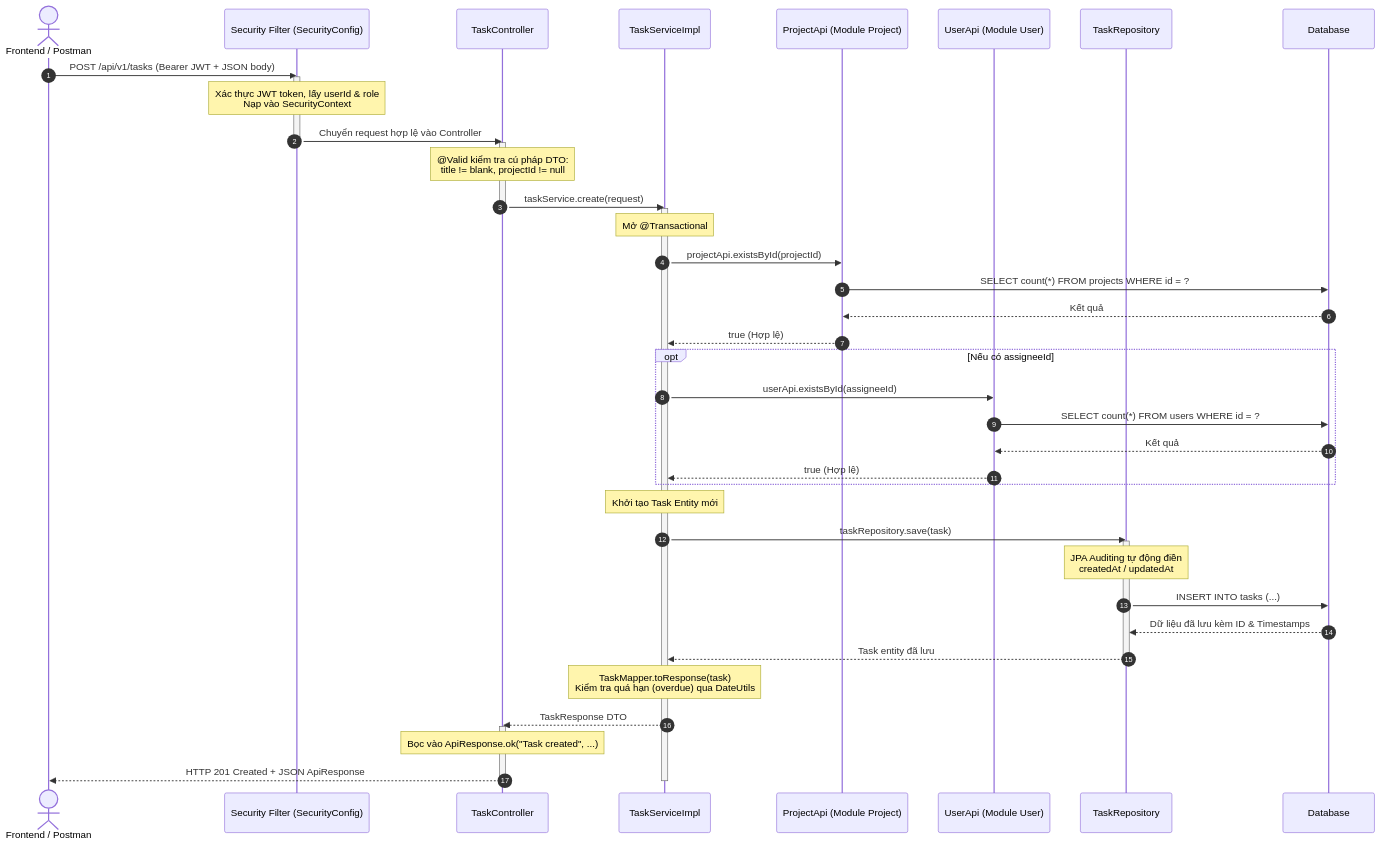
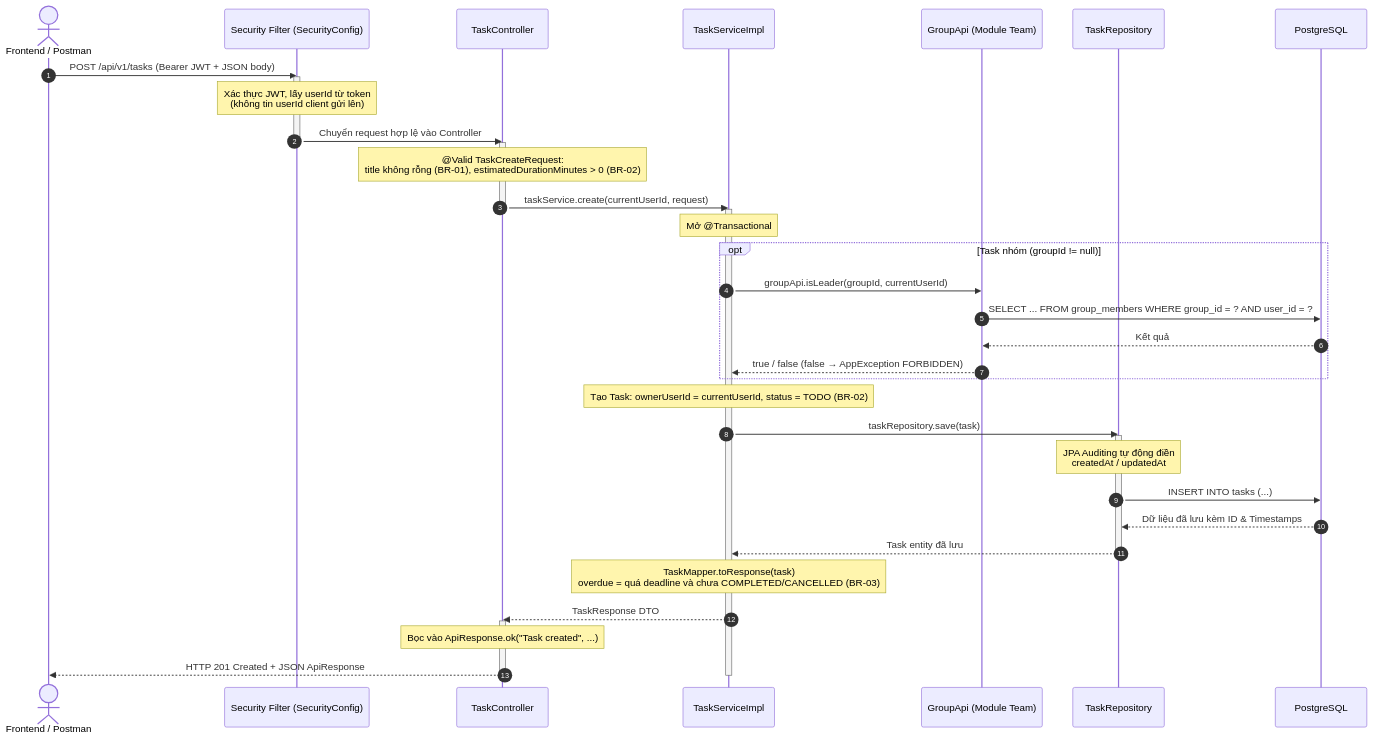
The diagram in Code/backend/README.md (uth-software-team/PlanWise), drawn with Mermaid before and after one commit. The commit also changed other lines of this file and 3 other files, not shown here.

````diff
--- a/Code/backend/README.md
+++ b/Code/backend/README.md
@@ -101,54 +101,48 @@
 ```mermaid
 sequenceDiagram
     autonumber
     actor Client as Frontend / Postman
     participant Sec as Security Filter (SecurityConfig)
     participant TC as TaskController
     participant TS as TaskServiceImpl
-    participant PA as ProjectApi (Module Project)
-    participant UA as UserApi (Module User)
+    participant GA as GroupApi (Module Team)
     participant TR as TaskRepository
-    participant DB as Database
+    participant DB as PostgreSQL
 
     Client->>Sec: POST /api/v1/tasks (Bearer JWT + JSON body)
     activate Sec
-    Note over Sec: Xác thực JWT token, lấy userId & role<br/>Nạp vào SecurityContext
+    Note over Sec: Xác thực JWT, lấy userId từ token<br/>(không tin userId client gửi lên)
     Sec->>TC: Chuyển request hợp lệ vào Controller
     deactivate Sec
-    
+
     activate TC
-    Note over TC: @Valid kiểm tra cú pháp DTO:<br/>title != blank, projectId != null
-    TC->>TS: taskService.create(request)
+    Note over TC: @Valid TaskCreateRequest:<br/>title không rỗng (BR-01), estimatedDurationMinutes > 0 (BR-02)
+    TC->>TS: taskService.create(currentUserId, request)
     deactivate TC
-    
+
     activate TS
     Note over TS: Mở @Transactional
-    TS->>PA: projectApi.existsById(projectId)
-    PA->>DB: SELECT count(*) FROM projects WHERE id = ?
-    DB-->>PA: Kết quả
-    PA-->>TS: true (Hợp lệ)
-    
-    opt Nếu có assigneeId
-        TS->>UA: userApi.existsById(assigneeId)
-        UA->>DB: SELECT count(*) FROM users WHERE id = ?
-        DB-->>UA: Kết quả
-        UA-->>TS: true (Hợp lệ)
+    opt Task nhóm (groupId != null)
+        TS->>GA: groupApi.isLeader(groupId, currentUserId)
+        GA->>DB: SELECT ... FROM group_members WHERE group_id = ? AND user_id = ?
+        DB-->>GA: Kết quả
+        GA-->>TS: true / false (false → AppException FORBIDDEN)
     end
-    
-    Note over TS: Khởi tạo Task Entity mới
+
+    Note over TS: Tạo Task: ownerUserId = currentUserId, status = TODO (BR-02)
     TS->>TR: taskRepository.save(task)
     activate TR
     Note over TR: JPA Auditing tự động điền<br/>createdAt / updatedAt
     TR->>DB: INSERT INTO tasks (...)
     DB-->>TR: Dữ liệu đã lưu kèm ID & Timestamps
     TR-->>TS: Task entity đã lưu
     deactivate TR
-    
-    Note over TS: TaskMapper.toResponse(task)<br/>Kiểm tra quá hạn (overdue) qua DateUtils
+
+    Note over TS: TaskMapper.toResponse(task)<br/>overdue = quá deadline và chưa COMPLETED/CANCELLED (BR-03)
     TS-->>TC: TaskResponse DTO
     activate TC
     Note over TC: Bọc vào ApiResponse.ok("Task created", ...)
     TC-->>Client: HTTP 201 Created + JSON ApiResponse
     deactivate TC
     deactivate TS
 ```
````
